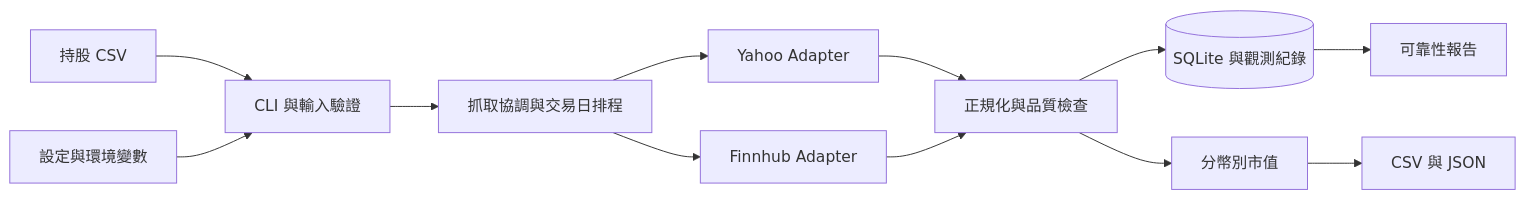
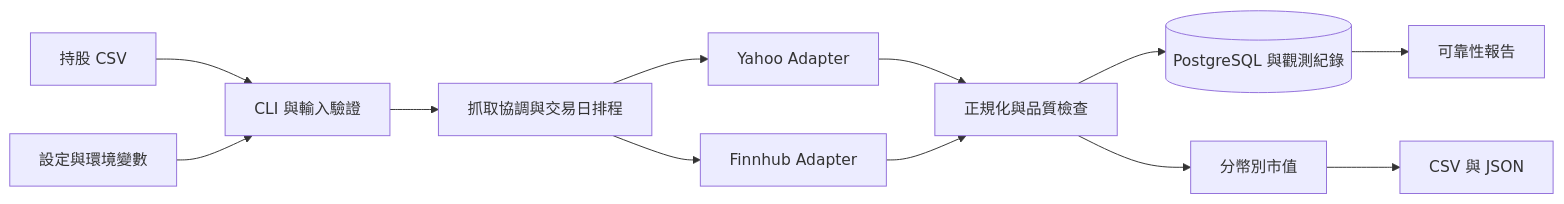
The diagram in docs/architecture.md (tommy12lin/stock-quote-fetcher), drawn with Mermaid before and after one commit. The commit also changed other lines of this file and 3 other files, not shown here.

Commit message:
[docs] 完成步驟 0 PostgreSQL 設計基線

````diff
--- a/docs/architecture.md
+++ b/docs/architecture.md
@@ -9,14 +9,14 @@
 ```mermaid
 flowchart LR
     CSV[持股 CSV] --> CLI[CLI 與輸入驗證]
     CFG[設定與環境變數] --> CLI
     CLI --> RUN[抓取協調與交易日排程]
     RUN --> YF[Yahoo Adapter]
     RUN --> FH[Finnhub Adapter]
     YF --> QC[正規化與品質檢查]
     FH --> QC
-    QC --> DB[(SQLite 與觀測紀錄)]
+    QC --> DB[(PostgreSQL 與觀測紀錄)]
     QC --> VALUE[分幣別市值]
     VALUE --> OUT[CSV 與 JSON]
     DB --> REPORT[可靠性報告]
 ```
````
